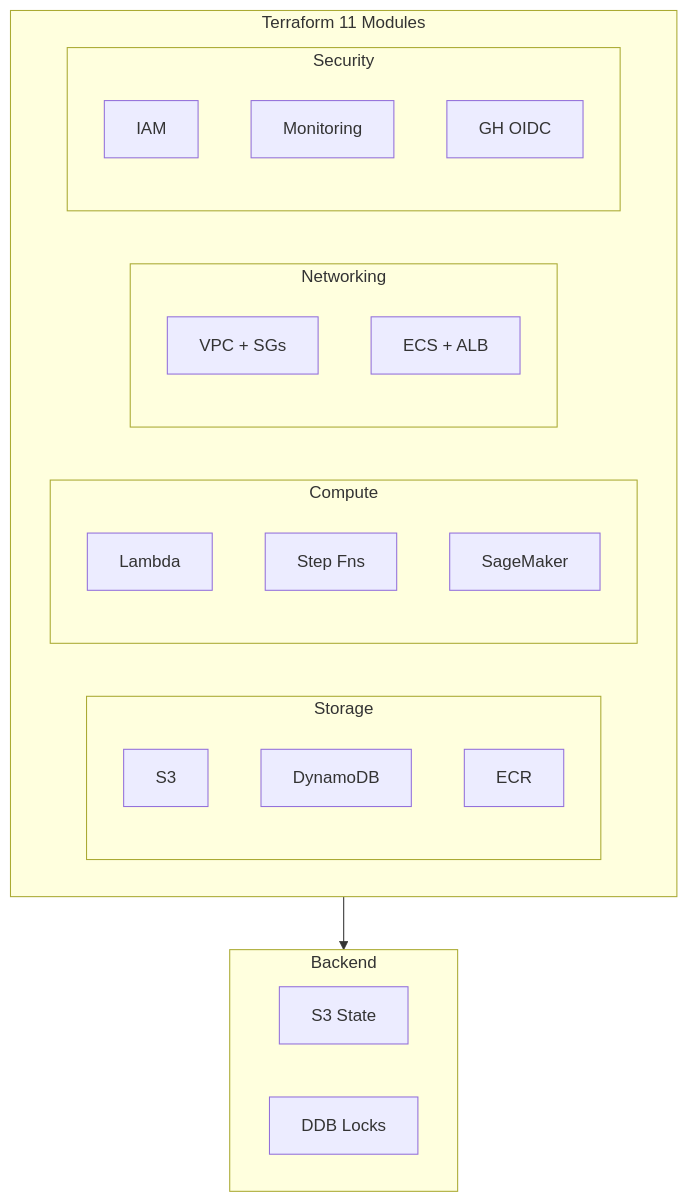
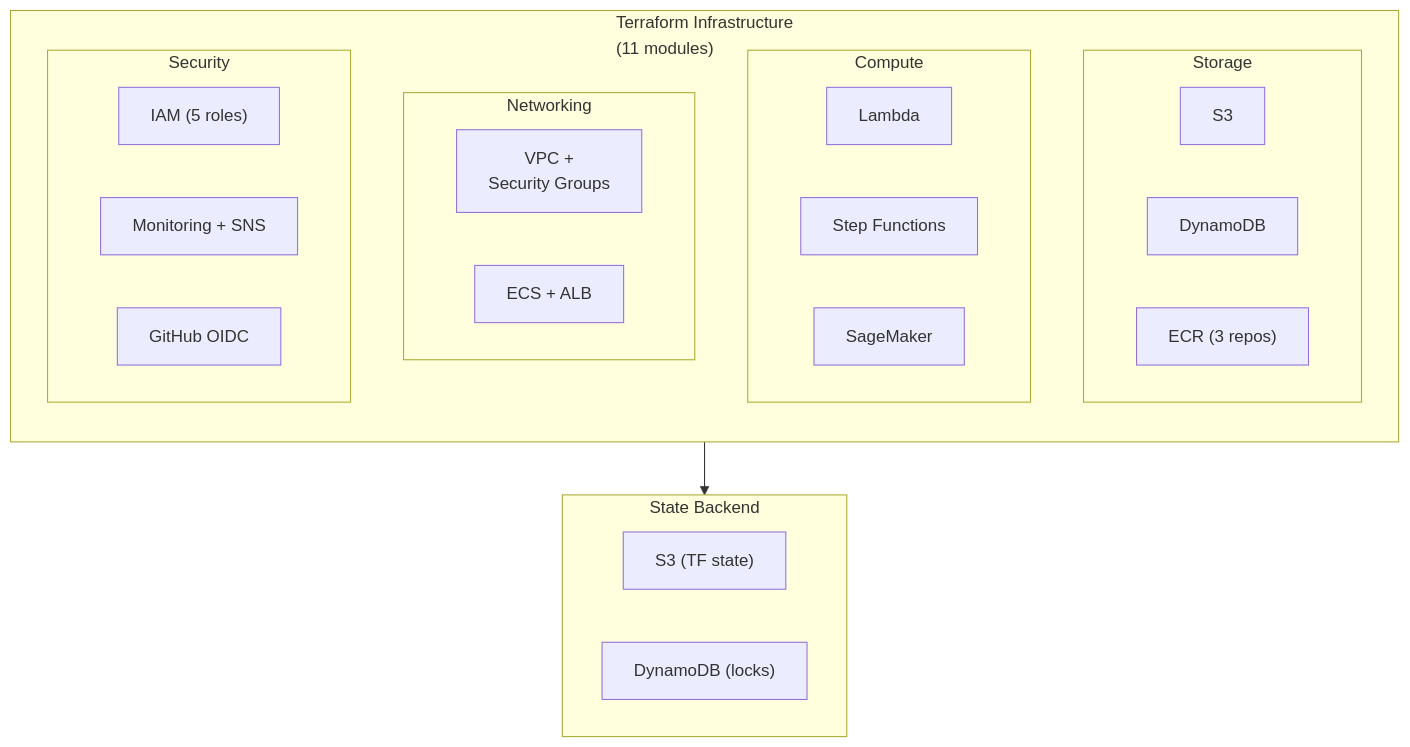
One commit to rawad-yared/bcgx-spanishgas-g1 changed the eighth of 8 diagrams in README.md. Above: the diagram before and after it, drawn with Mermaid. The commit also changed other lines of this file, not shown here.

````diff
--- a/README.md
+++ b/README.md
@@ -210,32 +392,36 @@
 ```mermaid
-flowchart TB
-    subgraph TF[Terraform 11 Modules]
-        direction LR
-        subgraph Store[Storage]
-            S3M[S3]
-            DDBM[DynamoDB]
-            ECRM[ECR]
+graph TB
+    subgraph Terraform["Terraform Infrastructure<br>(11 modules)"]
+        direction TB
+
+        subgraph Storage_Infra["Storage"]
+            S3_MOD["S3"]
+            DDB_MOD["DynamoDB"]
+            ECR_MOD["ECR (3 repos)"]
         end
-        subgraph Compute
-            LMM[Lambda]
-            SFNM[Step Fns]
-            SMM[SageMaker]
+
+        subgraph Compute_Infra["Compute"]
+            LAMBDA_MOD["Lambda"]
+            SFN_MOD["Step Functions"]
+            SM_MOD["SageMaker"]
         end
-        subgraph Net[Networking]
-            VPCM[VPC + SGs]
-            ECSM[ECS + ALB]
+
+        subgraph Network_Infra["Networking"]
+            NET_MOD["VPC +<br>Security Groups"]
+            ECS_MOD["ECS + ALB"]
         end
-        subgraph Sec[Security]
-            IAMM[IAM]
-            MONM[Monitoring]
-            OIDCM[GH OIDC]
+
+        subgraph Security_Infra["Security"]
+            IAM_MOD["IAM (5 roles)"]
+            MON_MOD["Monitoring + SNS"]
+            OIDC_MOD["GitHub OIDC"]
         end
     end
 
-    subgraph Backend
-        S3S[S3 State]
-        DDBL[DDB Locks]
+    subgraph Backend["State Backend"]
+        S3_STATE["S3 (TF state)"]
+        DDB_LOCK["DynamoDB (locks)"]
     end
 
-    TF --> Backend
+    Terraform --> Backend
 ```
````
